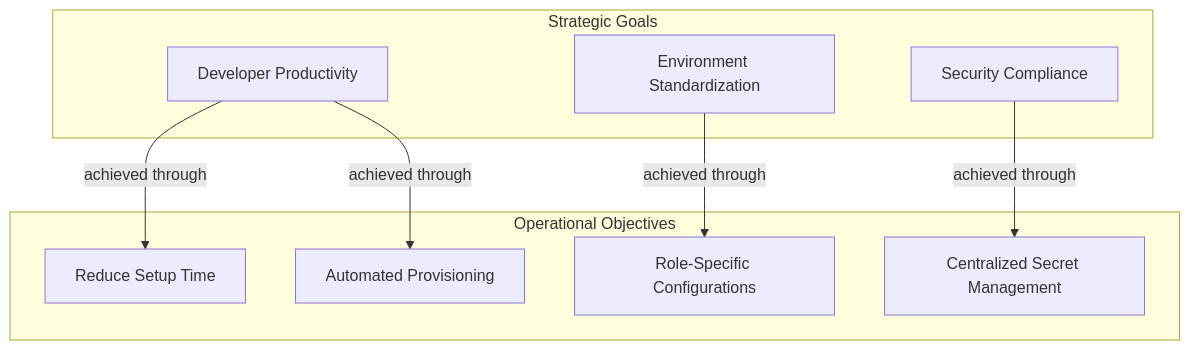
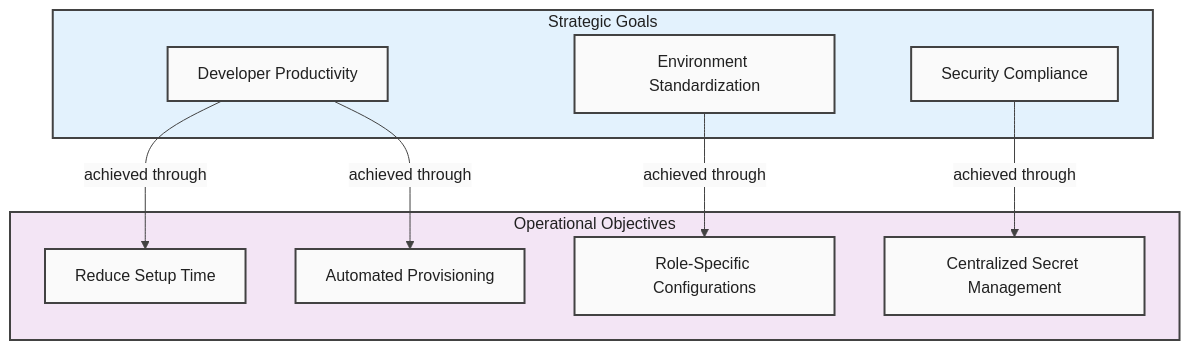
The seventh of 11 diagrams in docs/architecture/Business.md (Evilazaro/DevExp-DevBox), drawn with Mermaid before and after one commit. The commit also changed other lines of this file, not shown here.

Commit message:
docs: enhance Business Architecture diagrams with improved styling and clarity

````diff
--- a/docs/architecture/Business.md
+++ b/docs/architecture/Business.md
@@ -856,18 +884,29 @@
 ```mermaid
-graph TB
-    subgraph "Strategic Goals"
+%%{init: {'theme': 'base', 'themeVariables': { 'primaryColor': '#FAFAFA', 'primaryBorderColor': '#424242', 'primaryTextColor': '#212121', 'lineColor': '#424242'}}}%%
+flowchart TB
+    %% Style Definitions
+    classDef default fill:#FAFAFA,stroke:#424242,stroke-width:2px,color:#212121
+    classDef level1 fill:#E3F2FD,stroke:#424242,stroke-width:2px,color:#212121
+    classDef level2 fill:#F3E5F5,stroke:#424242,stroke-width:2px,color:#212121
+
+    subgraph STRATEGIC["Strategic Goals"]
         G1["Developer Productivity"]
         G2["Environment Standardization"]
         G3["Security Compliance"]
     end
-    subgraph "Operational Objectives"
+
+    subgraph OPERATIONAL["Operational Objectives"]
         O1["Reduce Setup Time"]
         O2["Role-Specific Configurations"]
         O3["Centralized Secret Management"]
         O4["Automated Provisioning"]
     end
+
     G1 -->|"achieved through"| O1
     G1 -->|"achieved through"| O4
     G2 -->|"achieved through"| O2
     G3 -->|"achieved through"| O3
+
+    class STRATEGIC level1
+    class OPERATIONAL level2
 ```
````
